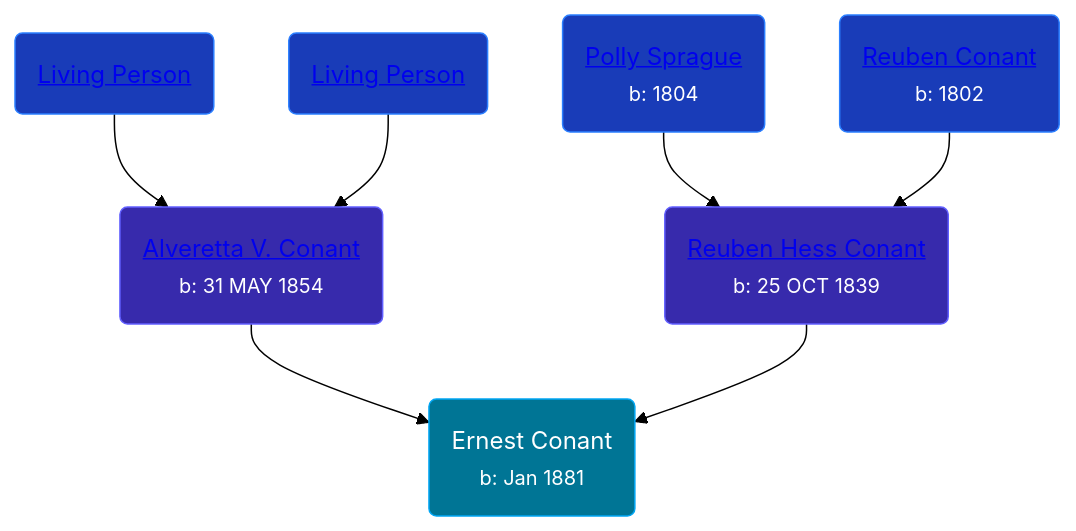
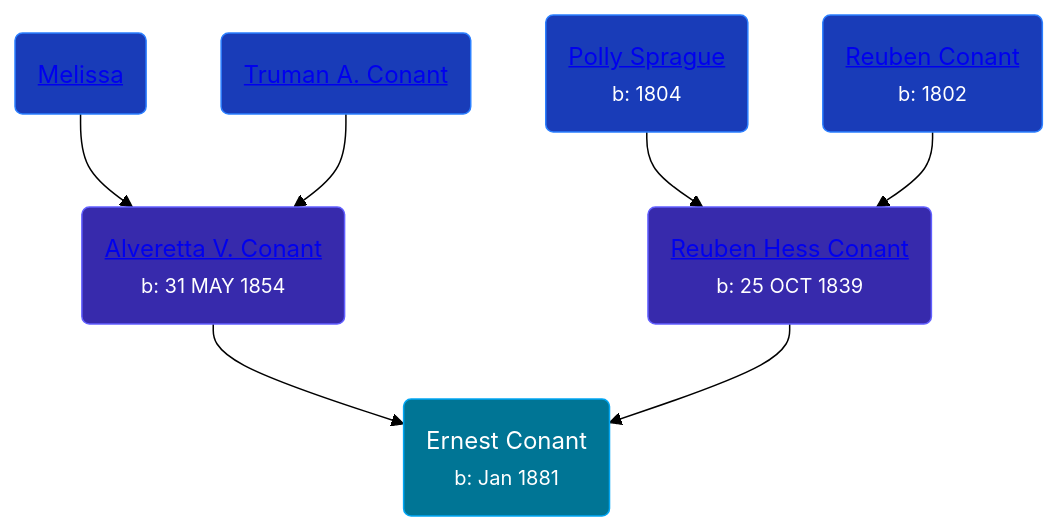
The diagram in pages/people/4/4994264.md (wpmgotkh/wpmgotkh.github.io), drawn with Mermaid (forest theme) before and after one commit. The commit also changed 586 other files, not shown here.

Commit message:
feat: better shouldConsiderPersonLiving algo

````diff
--- a/pages/people/4/4994264.md
+++ b/pages/people/4/4994264.md
@@ -10,13 +10,13 @@
 ```mermaid
 graph
 classDef grands fill:#193cb8,stroke:#2b7fff,stroke-width:1px,color:#fff;
 classDef parents fill:#372aac,stroke:#615fff,stroke-width:1px,color:#fff;
 classDef primary fill:#007595,stroke:#00a6f4,stroke-width:1px,color:#fff;
 4994264(Ernest Conant<br /><small>b: Jan 1881</small>):::primary
 60109856(<a class="text-white" href="/people/6/60109856">Alveretta V. Conant</a><br /><small>b: 31 MAY 1854</small>):::parents-->4994264
-76673536(<a class="text-white" href="/people/7/76673536">Living Person</a>):::grands-->60109856
-67469728(<a class="text-white" href="/people/6/67469728">Living Person</a>):::grands-->60109856
+76673536(<a class="text-white" href="/people/7/76673536">Melissa </a>):::grands-->60109856
+67469728(<a class="text-white" href="/people/6/67469728">Truman A. Conant</a>):::grands-->60109856
 37326838(<a class="text-white" href="/people/3/37326838">Reuben Hess Conant</a><br /><small>b: 25 OCT 1839</small>):::parents-->4994264
 53927626(<a class="text-white" href="/people/5/53927626">Polly Sprague</a><br /><small>b: 1804</small>):::grands-->37326838
 72221832(<a class="text-white" href="/people/7/72221832">Reuben Conant</a><br /><small>b: 1802</small>):::grands-->37326838
 ```
````
